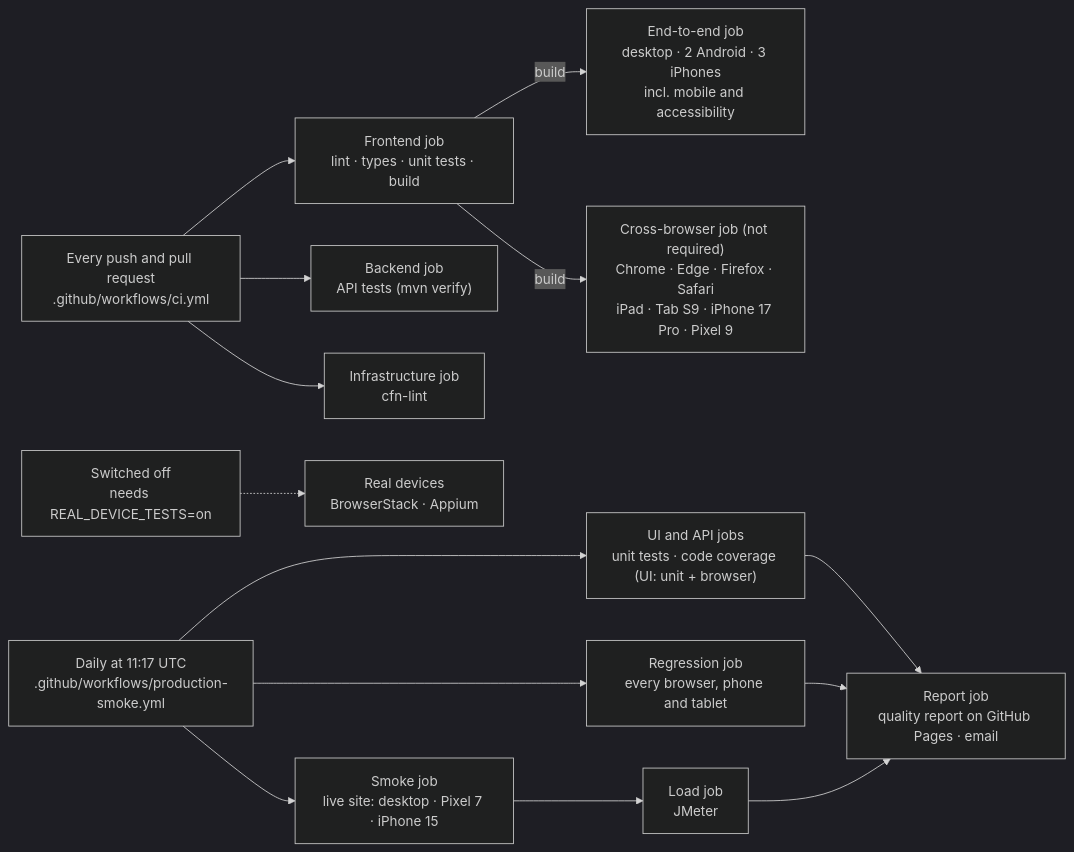
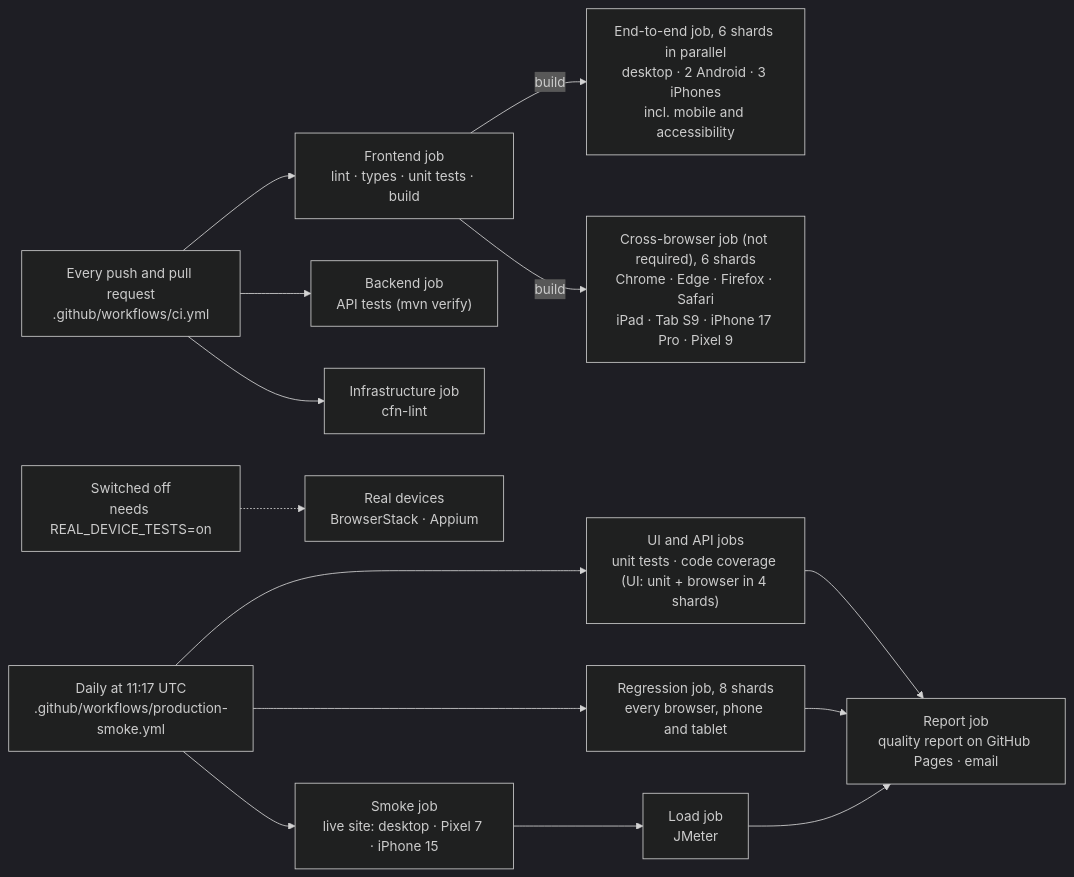
The first of 4 diagrams in docs/testing.md (shane24sweeney/aboutshane), drawn with Mermaid (dark theme) before and after one commit. The commit also changed 3 other files, not shown here.

First line of the commit message:
CI and daily tests: split the long Playwright jobs into parallel shards

````diff
--- a/docs/testing.md
+++ b/docs/testing.md
@@ -56,22 +56,22 @@
 ```mermaid
 flowchart LR
   push["Every push and pull request<br/>.github/workflows/ci.yml"]
   daily["Daily at 11:17 UTC<br/>.github/workflows/production-smoke.yml"]
   off["Switched off<br/>needs REAL_DEVICE_TESTS=on"]
 
   push --> frontend["Frontend job<br/>lint · types · unit tests · build"]
   push --> backend["Backend job<br/>API tests (mvn verify)"]
   push --> infra["Infrastructure job<br/>cfn-lint"]
-  frontend -- "build" --> e2e["End-to-end job<br/>desktop · 2 Android · 3 iPhones<br/>incl. mobile and accessibility"]
-  frontend -- "build" --> xb["Cross-browser job (not required)<br/>Chrome · Edge · Firefox · Safari<br/>iPad · Tab S9 · iPhone 17 Pro · Pixel 9"]
+  frontend -- "build" --> e2e["End-to-end job, 6 shards in parallel<br/>desktop · 2 Android · 3 iPhones<br/>incl. mobile and accessibility"]
+  frontend -- "build" --> xb["Cross-browser job (not required), 6 shards<br/>Chrome · Edge · Firefox · Safari<br/>iPad · Tab S9 · iPhone 17 Pro · Pixel 9"]
 
-  daily --> unit["UI and API jobs<br/>unit tests · code coverage (UI: unit + browser)"]
-  daily --> regression["Regression job<br/>every browser, phone and tablet"]
+  daily --> unit["UI and API jobs<br/>unit tests · code coverage (UI: unit + browser in 4 shards)"]
+  daily --> regression["Regression job, 8 shards<br/>every browser, phone and tablet"]
   daily --> smoke["Smoke job<br/>live site: desktop · Pixel 7 · iPhone 15"]
   smoke --> load["Load job<br/>JMeter"]
   unit --> report["Report job<br/>quality report on GitHub Pages · email"]
   regression --> report
   load --> report
 
   off -.-> real["Real devices<br/>BrowserStack · Appium"]
 ```
````
